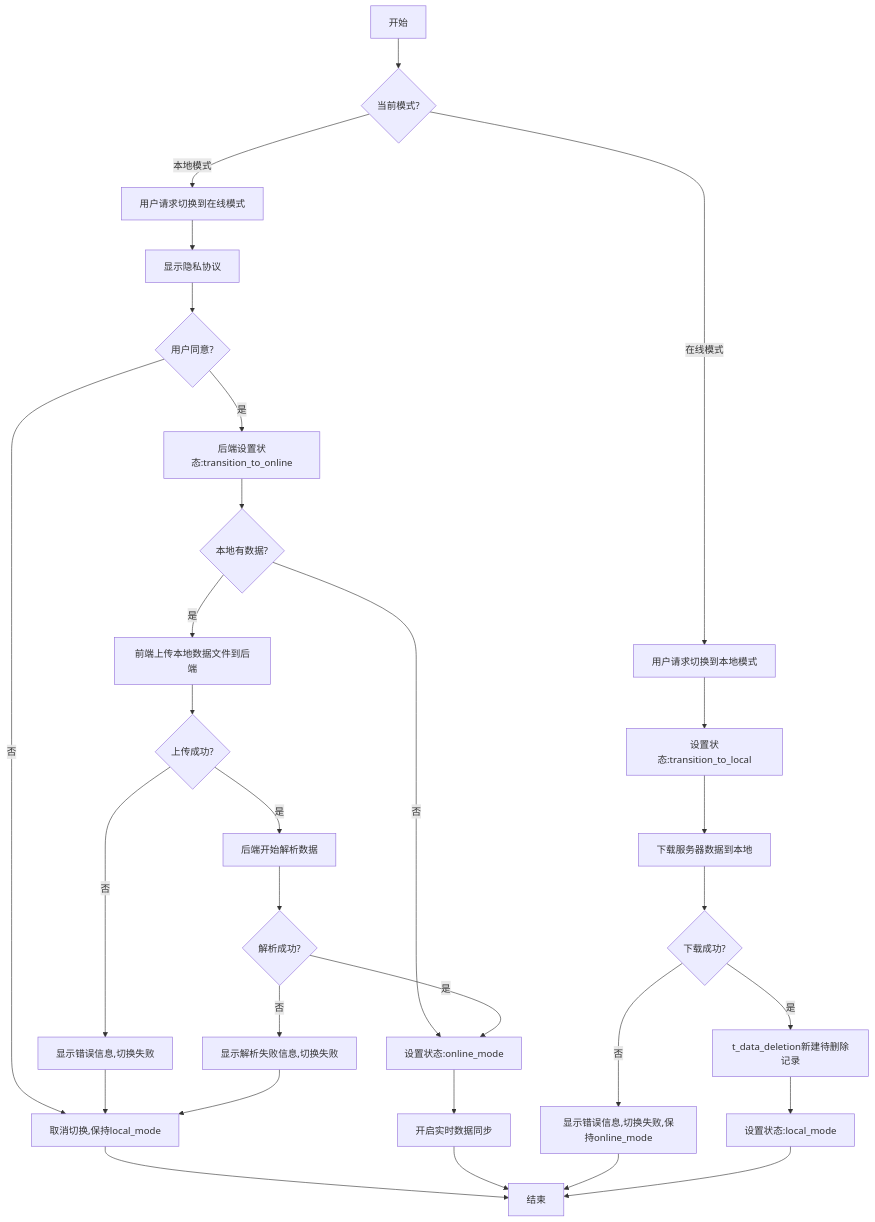
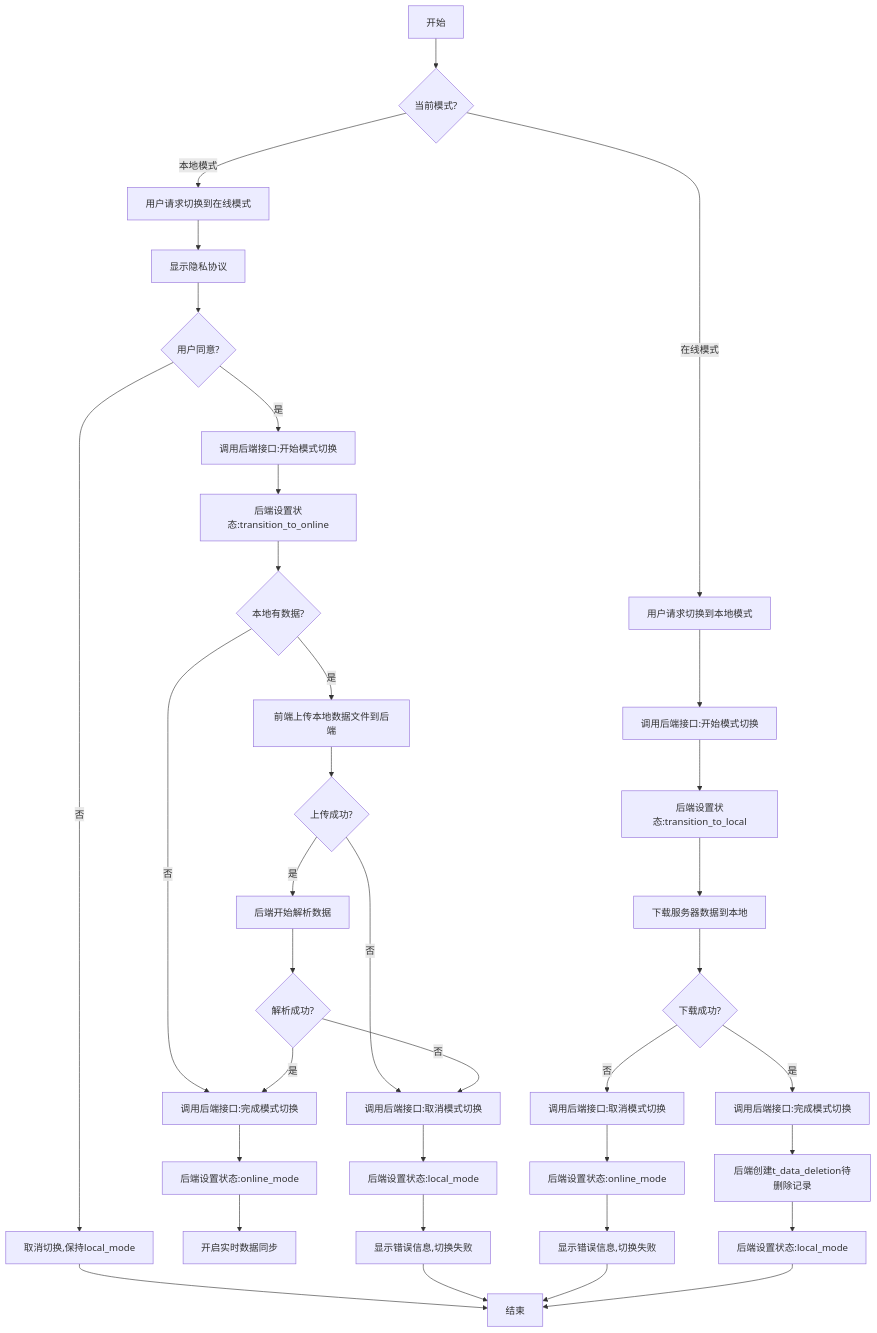
The diagram in all/未命名-58.md (yingjianzh/iodraw-files), drawn with Mermaid before and after one commit.

Commit message:
2025-05-14 09:59:27 update

````diff
--- a/all/未命名-58.md
+++ b/all/未命名-58.md
@@ -1,39 +1,49 @@
 ```mermaid
 flowchart TD
     A[开始] --> B{当前模式?}
     
     B -->|本地模式| C[用户请求切换到在线模式]
     C --> F[显示隐私协议]
     F --> G{用户同意?}
     G -->|否| H[取消切换,保持local_mode]
     H --> Z[结束]
     
-    G -->|是| I[后端设置状态:transition_to_online]
-    I --> J{本地有数据?}
-    J -->|否| R[设置状态:online_mode]
+    G -->|是| I[调用后端接口:开始模式切换]
+    I --> J[后端设置状态:transition_to_online]
+    J --> K{本地有数据?}
     
-    J -->|是| O[前端上传本地数据文件到后端]
+    K -->|否| L[调用后端接口:完成模式切换]
+    L --> M[后端设置状态:online_mode]
+    M --> S[开启实时数据同步]
+    
+    K -->|是| O[前端上传本地数据文件到后端]
     O --> P{上传成功?}
-    P -->|否| Q[显示错误信息,切换失败]
-    Q --> H
     
-    P -->|是| L[后端开始解析数据]
-    L --> M{解析成功?}
-    M -->|否| N[显示解析失败信息,切换失败]
-    N --> H
+    P -->|否| Q[调用后端接口:取消模式切换]
+    Q --> R[后端设置状态:local_mode]
+    R --> U[显示错误信息,切换失败]
+    U --> Z
     
-    M -->|是| R[设置状态:online_mode]
-    R --> S[开启实时数据同步]
-    S --> Z
+    P -->|是| V[后端开始解析数据]
+    V --> W{解析成功?}
     
-    B -->|在线模式| T[用户请求切换到本地模式]
-    T --> U[设置状态:transition_to_local]
-    U --> X[下载服务器数据到本地]
-    X --> Y{下载成功?}
-    Y -->|否| AA2[显示错误信息,切换失败,保持online_mode]
-    AA2 --> Z
+    W -->|否| Q
+    W -->|是| L
     
-    Y -->|是| AB2[t_data_deletion新建待删除记录]
-    AB2 --> AE[设置状态:local_mode]
-    AE --> Z
+    B -->|在线模式| T1[用户请求切换到本地模式]
+    T1 --> U1[调用后端接口:开始模式切换]
+    U1 --> V1[后端设置状态:transition_to_local]
+    
+    V1 --> X1[下载服务器数据到本地]
+    X1 --> Y1{下载成功?}
+    
+    Y1 -->|否| Z1[调用后端接口:取消模式切换]
+    Z1 --> A2[后端设置状态:online_mode]
+    A2 --> B2[显示错误信息,切换失败]
+    B2 --> Z
+    
+    Y1 -->|是| C2[调用后端接口:完成模式切换]
+    C2 --> D2[后端创建t_data_deletion待删除记录]
+    D2 --> E2[后端设置状态:local_mode]
+    E2 --> Z
 ```
````
